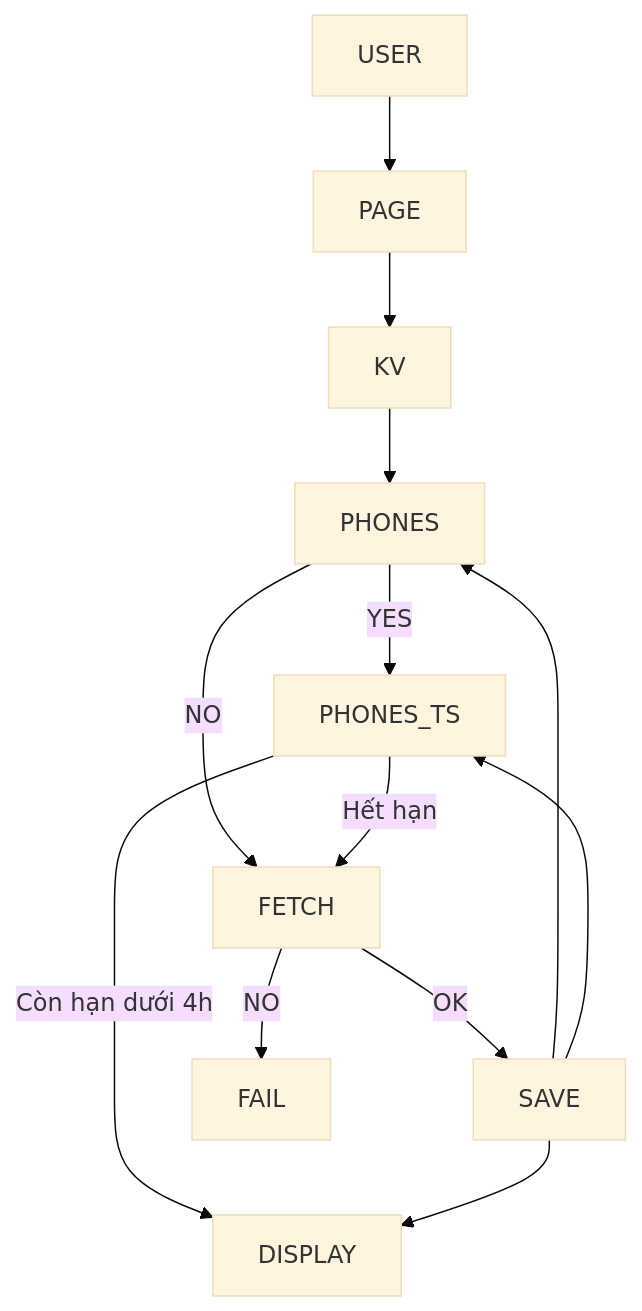
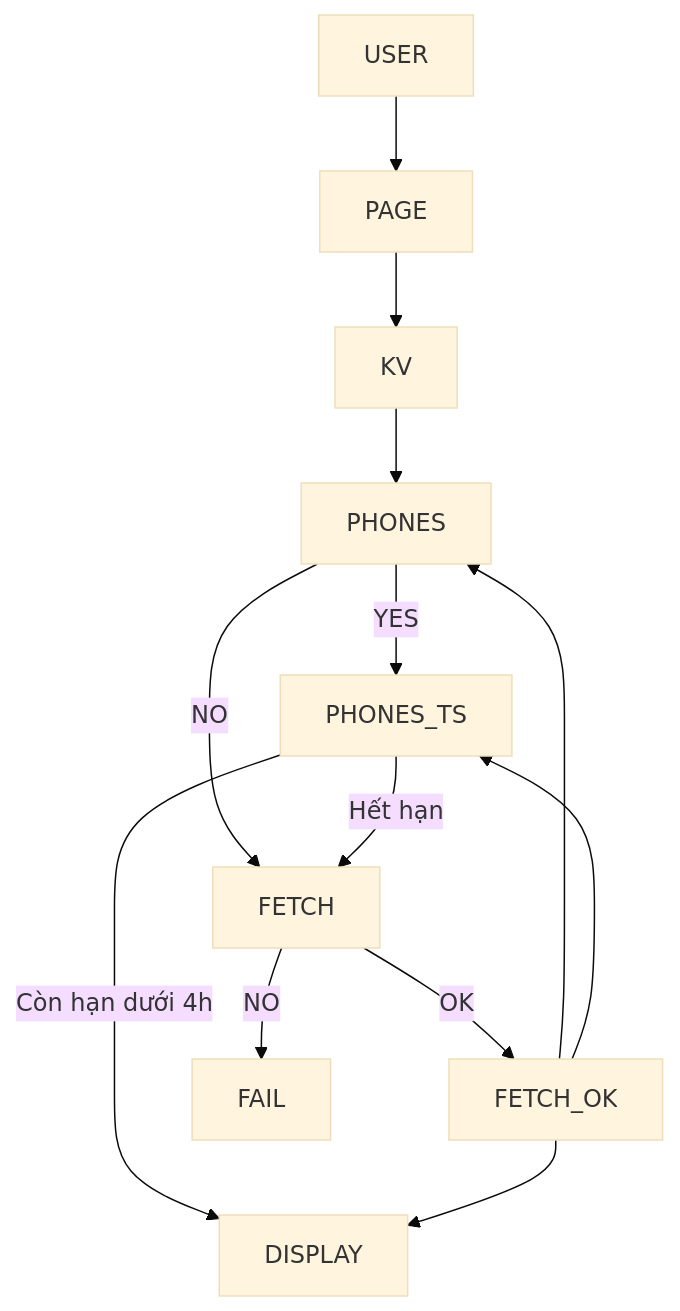
Before and after one commit to rungkhoai/cf-worker-call-redirect-docs: the diagram in README.md, drawn with Mermaid (base theme).

````diff
--- a/README.md
+++ b/README.md
@@ -3,15 +3,15 @@
 ```mermaid
 flowchart TD
 USER --> PAGE --> KV --> PHONES --> |YES| PHONES_TS --> |"Còn hạn dưới 4h"| DISPLAY
 
-PHONES -->|NO| FETCH --> |OK| SAVE
+PHONES -->|NO| FETCH --> |OK| FETCH_OK
 
 PHONES_TS --> |"Hết hạn"| FETCH
 
 FETCH --> |NO| FAIL
 
-SAVE --> PHONES
-SAVE --> PHONES_TS
-SAVE --> DISPLAY
+FETCH_OK --> PHONES
+FETCH_OK --> PHONES_TS
+FETCH_OK --> DISPLAY
 
 ```
````
